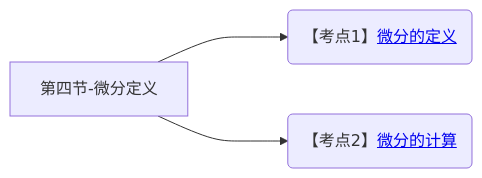
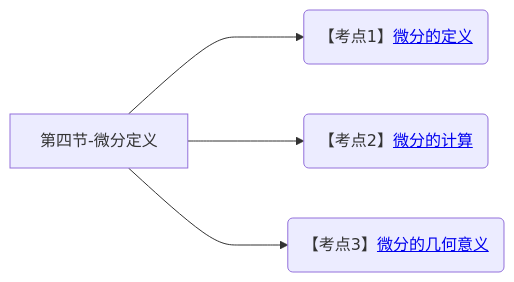
Before and after one commit to yuebinghui/note: diagram 14 of 14 in 笔记/数学/周洋鑫/01.基础班思维导图.md, drawn with Mermaid. The commit also changed 9 other files, not shown here.

````diff
--- a/笔记/数学/周洋鑫/01.基础班思维导图.md
+++ b/笔记/数学/周洋鑫/01.基础班思维导图.md
@@ -517,7 +517,8 @@
 ```mermaid
 graph LR
 第四节-微分定义
 
 第四节-微分定义--->微分的定义(【考点1】<a href="/Users/yuebinghui/Documents/program/github/note/笔记/数学/周洋鑫/基础班/14.导数的几何意义与微分定义.md#微分的定义">微分的定义</>)
 第四节-微分定义--->微分的计算(【考点2】<a href="/Users/yuebinghui/Documents/program/github/note/笔记/数学/周洋鑫/基础班/14.导数的几何意义与微分定义.md#微分的计算">微分的计算</>)
+第四节-微分定义--->微分的几何意义(【考点3】<a href="/Users/yuebinghui/Documents/program/github/note/笔记/数学/周洋鑫/基础班/14.导数的几何意义与微分定义.md#微分的几何意义">微分的几何意义</>)
 ```
````
